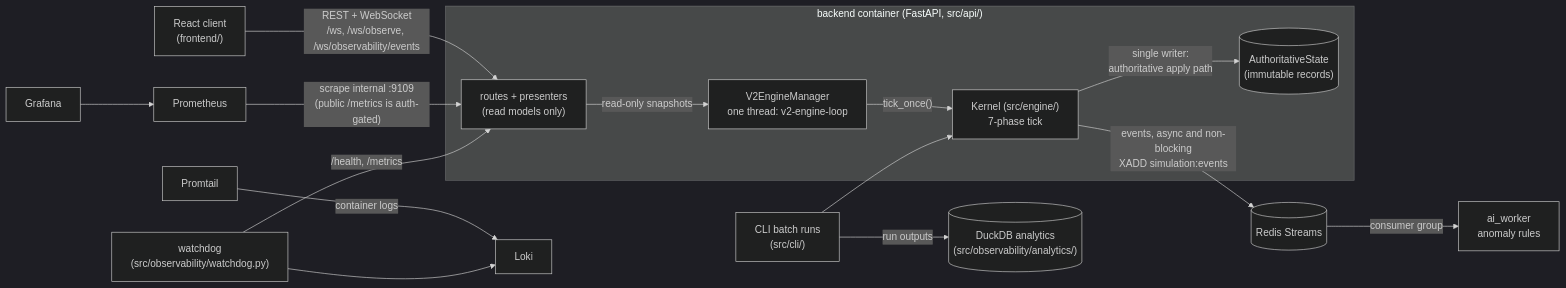
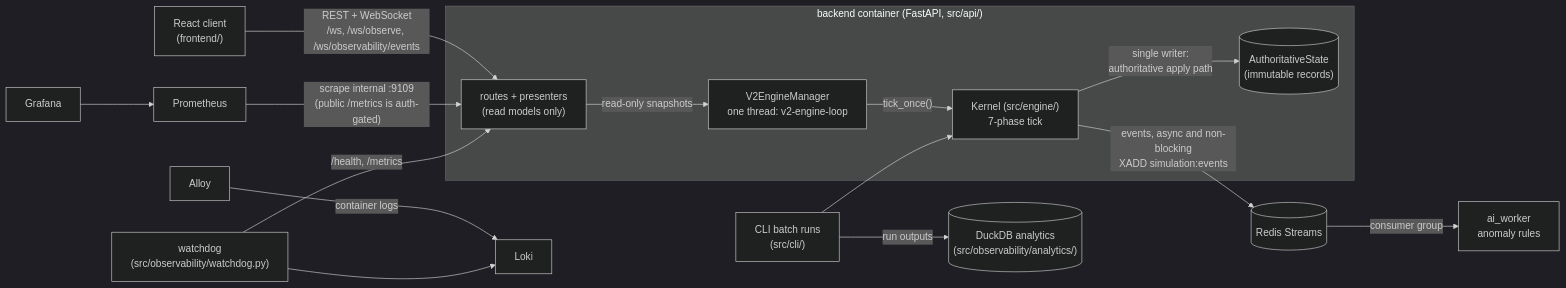
The diagram in docs/architecture/system_overview.md (ttnhan18062000/rpg-based-simulation), drawn with Mermaid (dark theme) before and after one commit. The commit also changed other lines of this file and 44 other files, not shown here.

First line of the commit message:
observability: Ship container logs to Loki with Grafana Alloy instead of the deprecated Promtail (2 tickets) (#786)

````diff
--- a/docs/architecture/system_overview.md
+++ b/docs/architecture/system_overview.md
@@ -22,20 +22,20 @@
 ```mermaid
 flowchart LR
     UI["React client<br/>(frontend/)"] -- "REST + WebSocket<br/>/ws, /ws/observe, /ws/observability/events" --> API
 
     subgraph backend["backend container (FastAPI, src/api/)"]
         API["routes + presenters<br/>(read models only)"] -- "read-only snapshots" --> MGR["V2EngineManager<br/>one thread: v2-engine-loop"]
         MGR -- "tick_once()" --> K["Kernel (src/engine/)<br/>7-phase tick"]
         K -- "single writer:<br/>authoritative apply path" --> S[("AuthoritativeState<br/>(immutable records)")]
     end
 
     K -- "events, async and non-blocking<br/>XADD simulation:events" --> R[("Redis Streams")]
     R -- "consumer group" --> W["ai_worker<br/>anomaly rules"]
     P["Prometheus"] -- "scrape internal :9109<br/>(public /metrics is auth-gated)" --> API
     G["Grafana"] --> P
-    PT["Promtail"] -- "container logs" --> L["Loki"]
+    AL["Alloy"] -- "container logs" --> L["Loki"]
     WD["watchdog<br/>(src/observability/watchdog.py)"] -- "/health, /metrics" --> API
     WD --> L
     CLI["CLI batch runs<br/>(src/cli/)"] --> K
     CLI -- "run outputs" --> DW[("DuckDB analytics<br/>(src/observability/analytics/)")]
 ```
````
